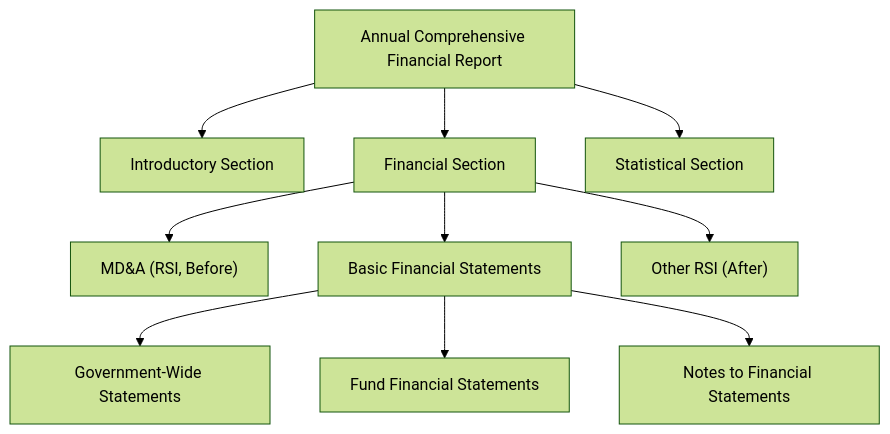
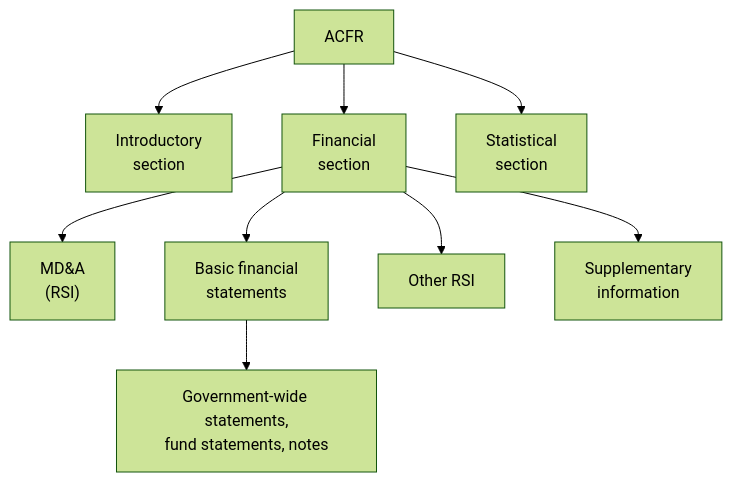
Before and after one commit to subwaymatch/cpabear-book: the diagram in docs/bar/governmental-financial-statements/managements-discussion-and-analysis.md, drawn with Mermaid (forest theme). The commit also changed other lines of this file and 204 other files, not shown here.

First line of the commit message:
Update the book for the 2027 CPA Exam Blueprints, fix dark-mode diagrams, add diagram zoom (#49)

````diff
--- a/docs/bar/governmental-financial-statements/managements-discussion-and-analysis.md
+++ b/docs/bar/governmental-financial-statements/managements-discussion-and-analysis.md
@@ -40,12 +32,11 @@
 ```mermaid
 flowchart TD
-    A[Annual Comprehensive Financial Report] --> B[Introductory Section]
-    A --> C[Financial Section]
-    A --> D[Statistical Section]
-    C --> E["MD&A (RSI, Before)"]
-    C --> F[Basic Financial Statements]
-    C --> G["Other RSI (After)"]
-    F --> H[Government-Wide Statements]
-    F --> I[Fund Financial Statements]
-    F --> J[Notes to Financial Statements]
+    A["ACFR"] --> B["Introductory<br/>section"]
+    A --> C["Financial<br/>section"]
+    A --> D["Statistical<br/>section"]
+    C --> E["MD&A<br/>(RSI)"]
+    C --> F["Basic financial<br/>statements"]
+    C --> G["Other RSI"]
+    C --> H["Supplementary<br/>information"]
+    F --> I["Government-wide statements,<br/>fund statements, notes"]
 ```
````
